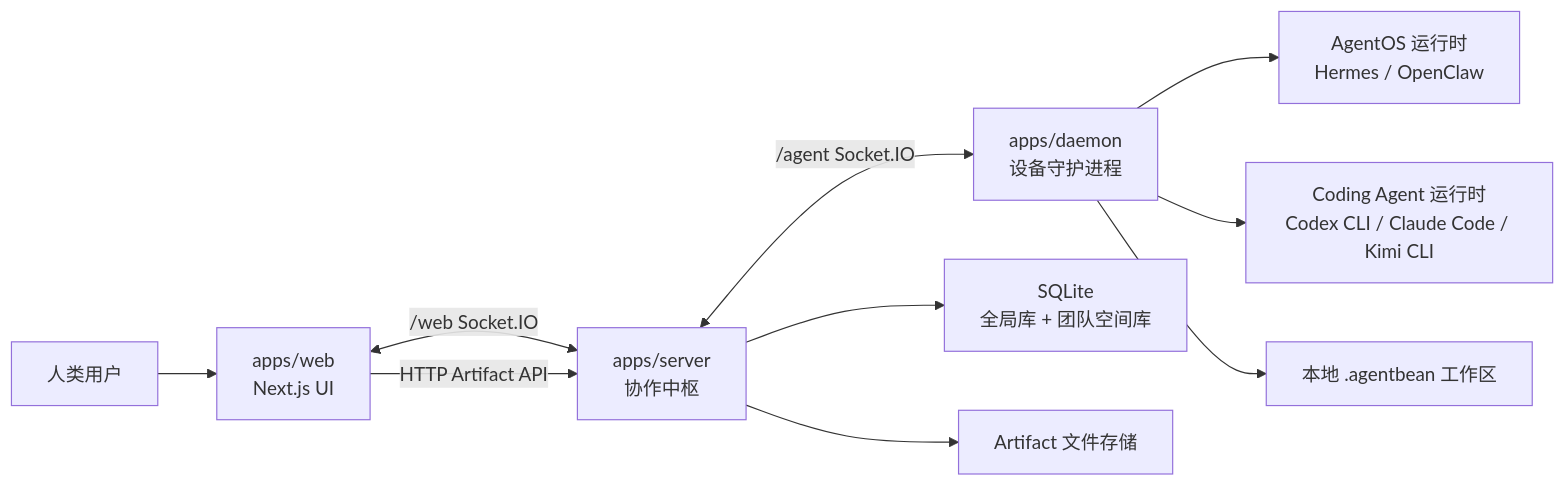
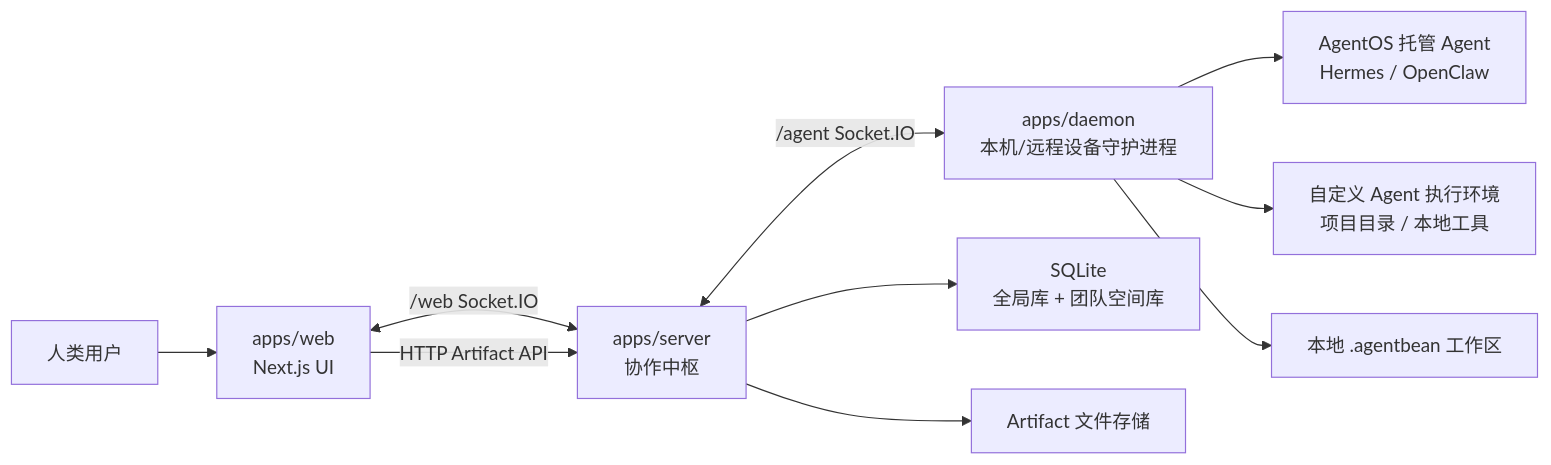
The first of 6 diagrams in README.md (xiaojichao/agentbean), drawn with Mermaid before and after one commit. The commit also changed other lines of this file and 8 other files, not shown here.

````diff
--- a/README.md
+++ b/README.md
@@ -24,14 +24,14 @@
 ```mermaid
 flowchart LR
   U["人类用户"] --> W["apps/web<br/>Next.js UI"]
   W <-->|"/web Socket.IO"| S["apps/server<br/>协作中枢"]
   W -->|"HTTP Artifact API"| S
 
-  S <-->|"/agent Socket.IO"| D["apps/daemon<br/>设备守护进程"]
-  D --> R1["AgentOS 运行时<br/>Hermes / OpenClaw"]
-  D --> R2["Coding Agent 运行时<br/>Codex CLI / Claude Code / Kimi CLI"]
+  S <-->|"/agent Socket.IO"| D["apps/daemon<br/>本机/远程设备守护进程"]
+  D --> R1["AgentOS 托管 Agent<br/>Hermes / OpenClaw"]
+  D --> R2["自定义 Agent 执行环境<br/>项目目录 / 本地工具"]
   D --> FS["本地 .agentbean 工作区"]
 
   S --> DB["SQLite<br/>全局库 + 团队空间库"]
   S --> ART["Artifact 文件存储"]
 ```
````
